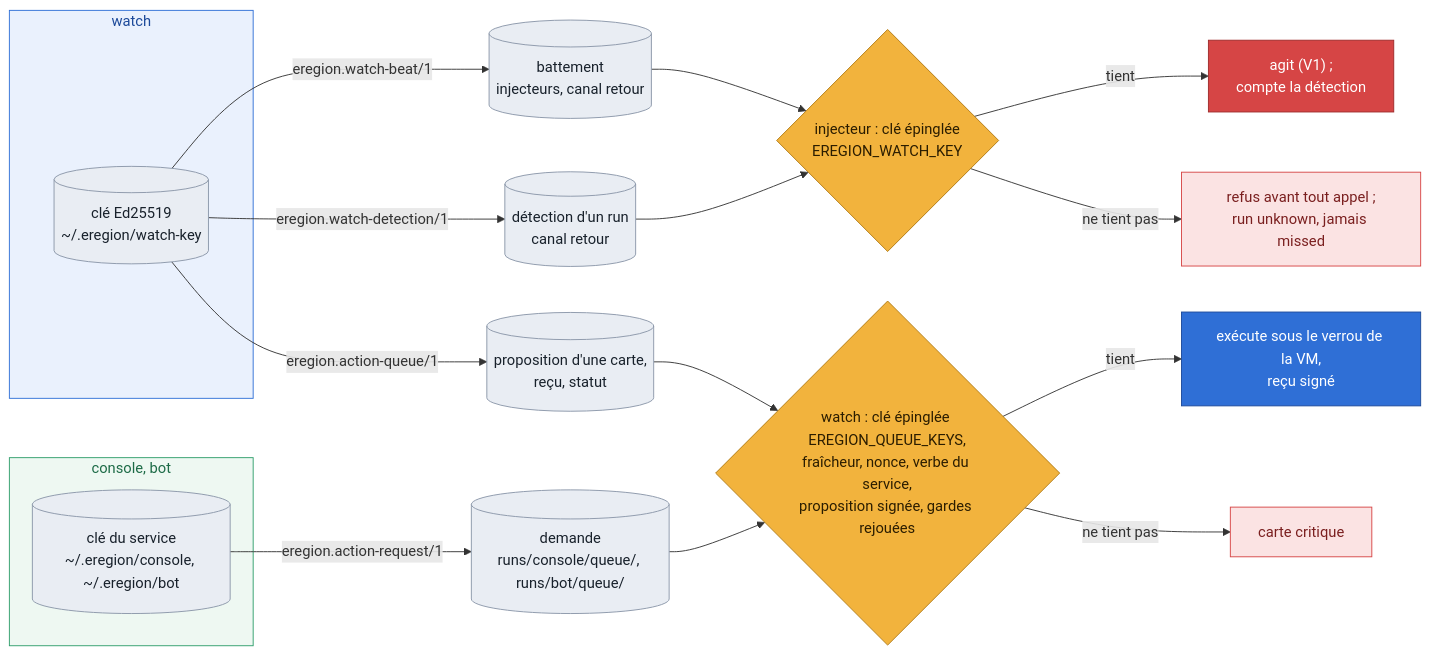
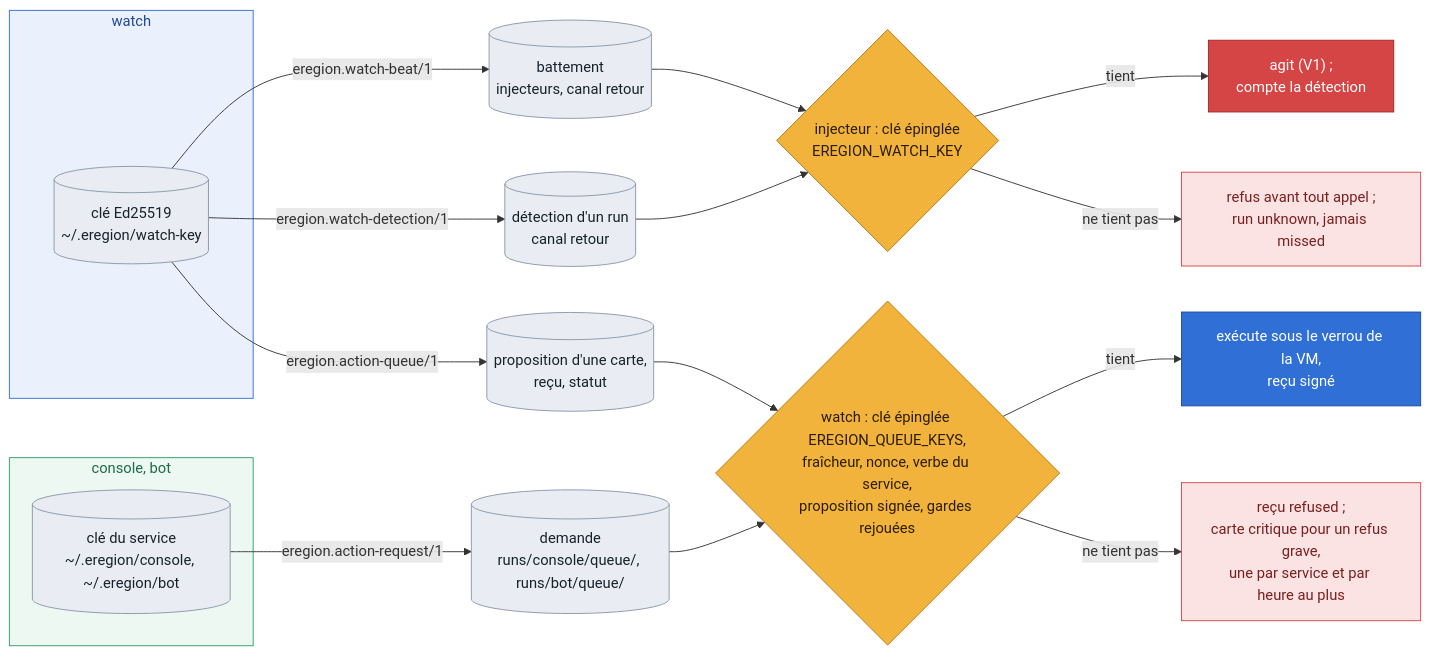
The eighth of 8 diagrams in docs/architecture.md (grootcyber/eregion), drawn with Mermaid before and after one commit. The commit also changed other lines of this file and 2 other files, not shown here.

First line of the commit message:
docs(securite): #638 pour les lectures Graph, la corrélation vers le prompt, l'architecture corrigée (SEC-D, relecture 1, Partie de #636)

````diff
--- a/docs/architecture.md
+++ b/docs/architecture.md
@@ -327,33 +330,33 @@
 ```mermaid
 flowchart LR
     subgraph Watch["watch"]
         WK[("clé Ed25519<br/>~/.eregion/watch-key")]
     end
     subgraph Front["console, bot"]
         SK[("clé du service<br/>~/.eregion/console, ~/.eregion/bot")]
     end
     WK -->|"eregion.watch-beat/1"| HB[("battement<br/>injecteurs, canal retour")]
     WK -->|"eregion.watch-detection/1"| DET[("détection d'un run<br/>canal retour")]
     WK -->|"eregion.action-queue/1"| PROP[("proposition d'une carte,<br/>reçu, statut")]
     HB & DET --> INJ{"injecteur : clé épinglée<br/>EREGION_WATCH_KEY"}
     INJ -->|"tient"| ACT["agit (V1) ;<br/>compte la détection"]
     INJ -->|"ne tient pas"| REF["refus avant tout appel ;<br/>run unknown, jamais missed"]
     SK -->|"eregion.action-request/1"| REQ[("demande<br/>runs/console/queue/, runs/bot/queue/")]
     REQ --> WV{"watch : clé épinglée EREGION_QUEUE_KEYS,<br/>fraîcheur, nonce, verbe du service,<br/>proposition signée, gardes rejouées"}
     PROP --> WV
     WV -->|"tient"| EXE["exécute sous le verrou de la VM,<br/>reçu signé"]
-    WV -->|"ne tient pas"| CRIT["carte critique"]
+    WV -->|"ne tient pas"| CRIT["reçu refused ;<br/>carte critique pour un refus grave,<br/>une par service et par heure au plus"]
     classDef blue fill:#2f6fd6,stroke:#1d4a9a,color:#ffffff
     classDef guard fill:#f2b33d,stroke:#b07a12,color:#2b1d00
     classDef warn fill:#fbe3e3,stroke:#d64545,color:#7a1f1f
     classDef human fill:#2e9e6a,stroke:#1d6b47,color:#ffffff
     classDef red fill:#d64545,stroke:#9e2a2a,color:#ffffff
     classDef data fill:#e9edf3,stroke:#8a96a8,color:#18212b
     class WK,SK,HB,DET,PROP,REQ data
     class INJ,WV guard
     class ACT red
     class EXE blue
     class REF,CRIT warn
     style Watch fill:#eaf1fd,stroke:#2f6fd6,color:#1d4a9a
     style Front fill:#eef8f2,stroke:#2e9e6a,color:#1d6b47
 ```
````
